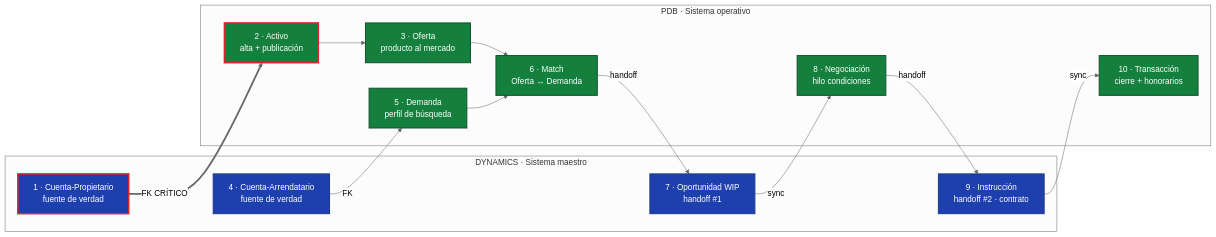
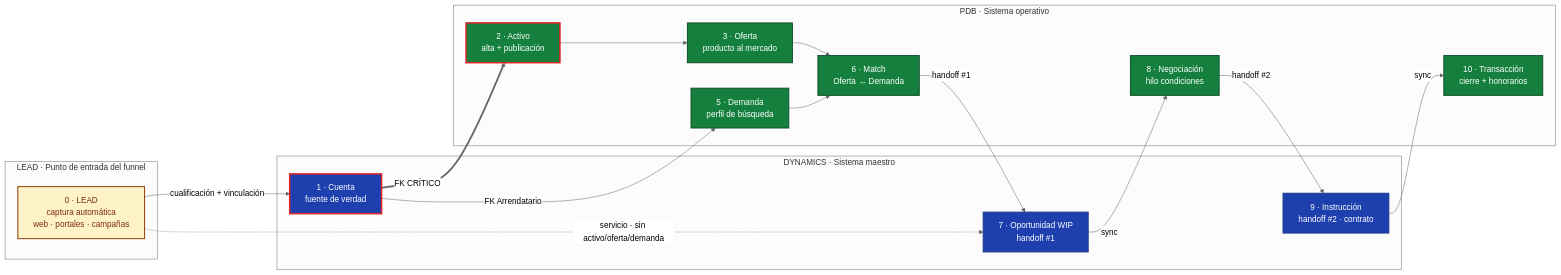
The second of 11 diagrams in FLUJOS_PDB.md (alvarosierra90-dot/pdb-crm), drawn with Mermaid (neutral theme) before and after one commit. The commit also changed other lines of this file and 2 other files, not shown here.

First line of the commit message:
Add LEAD as origin of the funnel in flow docs + PPT

````diff
--- a/FLUJOS_PDB.md
+++ b/FLUJOS_PDB.md
@@ -9,35 +64,42 @@
 ```mermaid
 flowchart LR
+    subgraph LEAD[LEAD · Punto de entrada del funnel]
+        L0[0 · LEAD<br/>captura automática<br/>web · portales · campañas]
+    end
+
     subgraph DYN[DYNAMICS · Sistema maestro]
-        D1[1 · Cuenta-Propietario<br/>fuente de verdad]
-        D4[4 · Cuenta-Arrendatario<br/>fuente de verdad]
+        D1[1 · Cuenta<br/>fuente de verdad]
         D7[7 · Oportunidad WIP<br/>handoff #1]
         D9[9 · Instrucción<br/>handoff #2 · contrato]
     end
 
     subgraph PDB[PDB · Sistema operativo]
         P2[2 · Activo<br/>alta + publicación]
         P3[3 · Oferta<br/>producto al mercado]
         P5[5 · Demanda<br/>perfil de búsqueda]
         P6[6 · Match<br/>Oferta ↔ Demanda]
         P8[8 · Negociación<br/>hilo condiciones]
         P10[10 · Transacción<br/>cierre + honorarios]
     end
 
+    L0 -->|cualificación + vinculación| D1
     D1 ==>|FK CRÍTICO| P2
     P2 --> P3
-    D4 -->|FK| P5
+    D1 -->|FK Arrendatario| P5
     P3 --> P6
     P5 --> P6
-    P6 -->|handoff| D7
+    P6 -->|handoff #1| D7
+    L0 -.->|servicio · sin activo/oferta/demanda| D7
     D7 -->|sync| P8
-    P8 -->|handoff| D9
+    P8 -->|handoff #2| D9
     D9 -->|sync| P10
 
+    classDef lead fill:#fef3c7,stroke:#92400e,color:#7c2d12,stroke-width:2px
     classDef dyn fill:#1e40af,stroke:#1e3a8a,color:#fff,stroke-width:2px
     classDef pdb fill:#15803d,stroke:#14532d,color:#fff,stroke-width:2px
     classDef critical stroke:#dc2626,stroke-width:3px,color:#fff
-    class D1,D4,D7,D9 dyn
+    class L0 lead
+    class D1,D7,D9 dyn
     class P2,P3,P5,P6,P8,P10 pdb
     class D1,P2 critical
 ```
````
